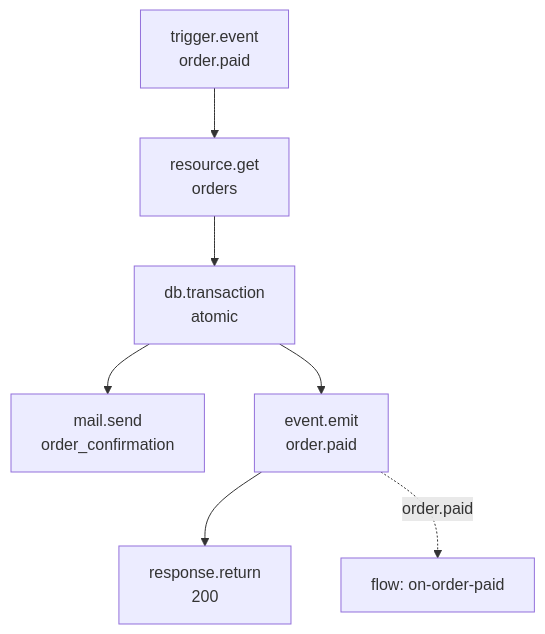
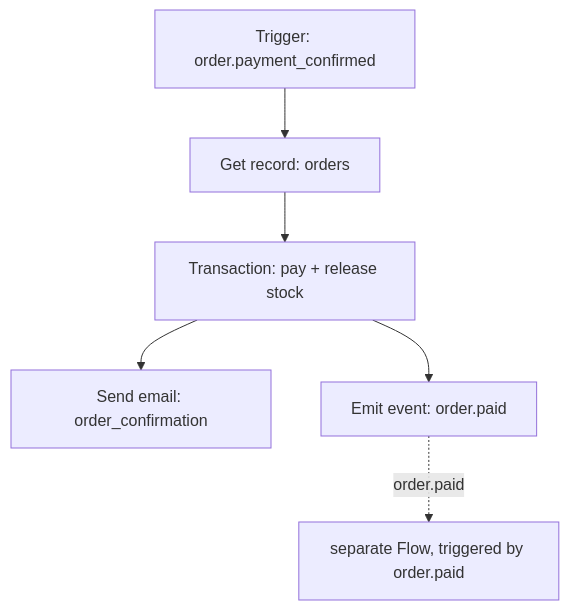
Before and after one commit to sillohq/pawabase: the first of 4 diagrams in apps/docs/flows/recipes.mdx, drawn with Mermaid. The commit also changed other lines of this file and 128 other files, not shown here.

````diff
--- a/apps/docs/flows/recipes.mdx
+++ b/apps/docs/flows/recipes.mdx
@@ -58,9 +75,8 @@
 ```mermaid
 flowchart TB
-  start["trigger.event<br/>order.paid"] --> load["resource.get<br/>orders"]
-  load --> commit["db.transaction<br/>atomic"]
-  commit --> receipt["mail.send<br/>order_confirmation"]
-  commit --> emit["event.emit<br/>order.paid"]
-  emit --> reply["response.return<br/>200"]
-  emit -.->|"order.paid"| notify["flow: on-order-paid"]
+  start["Trigger: order.payment_confirmed"] --> load["Get record: orders"]
+  load --> commit["Transaction: pay + release stock"]
+  commit --> receipt["Send email: order_confirmation"]
+  commit --> announce["Emit event: order.paid"]
+  announce -.->|"order.paid"| notify["separate Flow, triggered by order.paid"]
 ```
````
